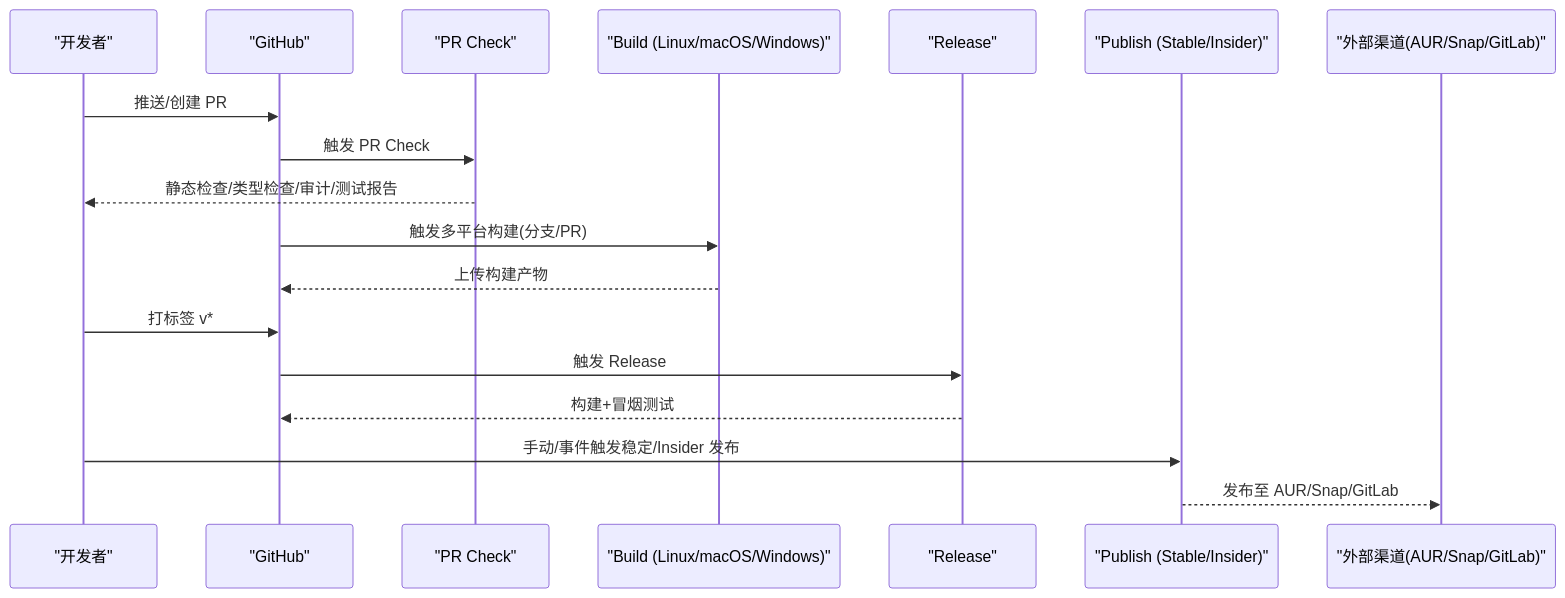
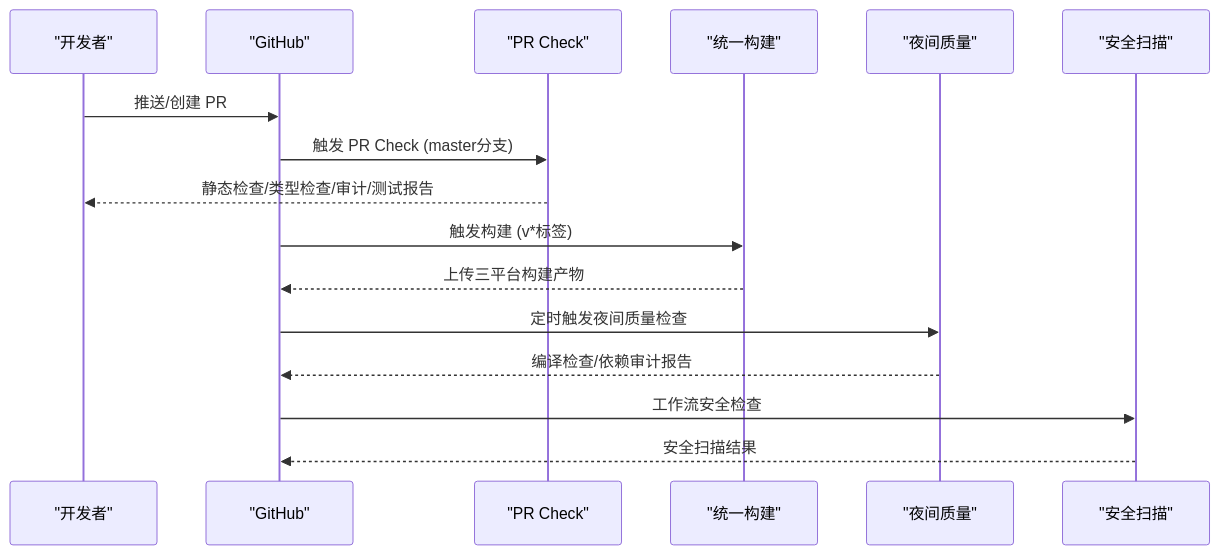
Before and after one commit to sofate798/KodrixCode: the second of 9 diagrams in .qoder/repowiki/zh/content/构建与部署/持续集成.md, drawn with Mermaid. The commit also changed other lines of this file and 6 other files, not shown here.

````diff
--- a/.qoder/repowiki/zh/content/构建与部署/持续集成.md
+++ b/.qoder/repowiki/zh/content/构建与部署/持续集成.md
@@ -115,20 +96,18 @@
 ```mermaid
 sequenceDiagram
 participant Dev as "开发者"
 participant GH as "GitHub"
 participant PRW as "PR Check"
-participant BL as "Build (Linux/macOS/Windows)"
-participant REL as "Release"
-participant PUB as "Publish (Stable/Insider)"
-participant OUT as "外部渠道(AUR/Snap/GitLab)"
+participant BL as "统一构建"
+participant NQ as "夜间质量"
+participant SEC as "安全扫描"
 Dev->>GH : 推送/创建 PR
-GH->>PRW : 触发 PR Check
+GH->>PRW : 触发 PR Check (master分支)
 PRW-->>Dev : 静态检查/类型检查/审计/测试报告
-GH->>BL : 触发多平台构建(分支/PR)
-BL-->>GH : 上传构建产物
-Dev->>GH : 打标签 v*
-GH->>REL : 触发 Release
-REL-->>GH : 构建+冒烟测试
-Dev->>PUB : 手动/事件触发稳定/Insider 发布
-PUB-->>OUT : 发布至 AUR/Snap/GitLab
+GH->>BL : 触发构建 (v*标签)
+BL-->>GH : 上传三平台构建产物
+GH->>NQ : 定时触发夜间质量检查
+NQ-->>GH : 编译检查/依赖审计报告
+GH->>SEC : 工作流安全检查
+SEC-->>GH : 安全扫描结果
 ```
````
